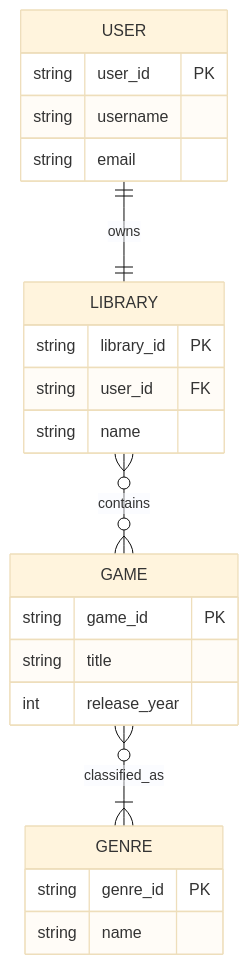
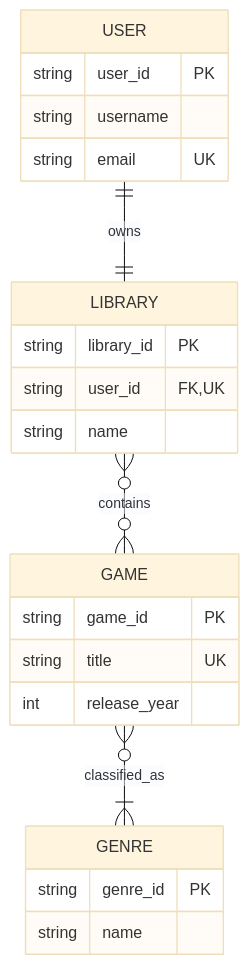
The diagram in diagram.mmd (yelyzavetaashn-jpg/Lab1), drawn with Mermaid (base theme) before and after one commit.

```diff
--- a/diagram.mmd
+++ b/diagram.mmd
@@ -1,28 +1,28 @@
 
 erDiagram
     USER ||--|| LIBRARY : owns
     LIBRARY }o--o{ GAME : contains
     GAME }o--|{ GENRE : classified_as
 
     USER {
         string user_id PK
         string username
-        string email
+        string email UK
     }
 
     LIBRARY {
         string library_id PK
-        string user_id FK
+        string user_id FK, UK
         string name
     }
 
     GAME {
         string game_id PK
-        string title
+        string title UK
         int release_year
     }
 
     GENRE {
         string genre_id PK
         string name
     }
```
